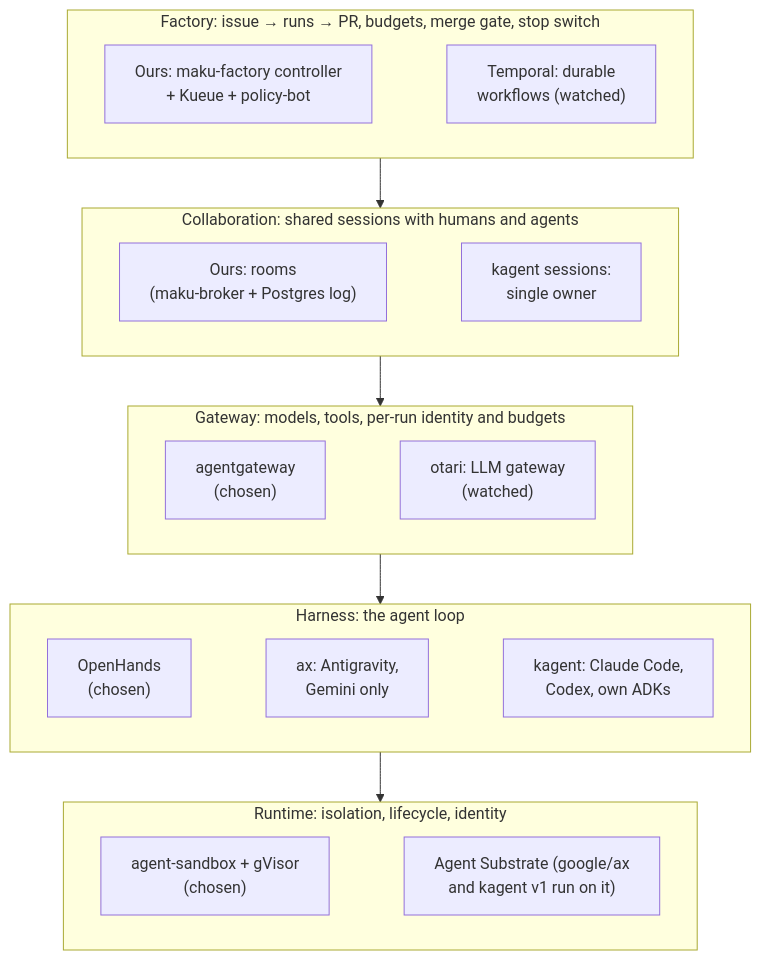
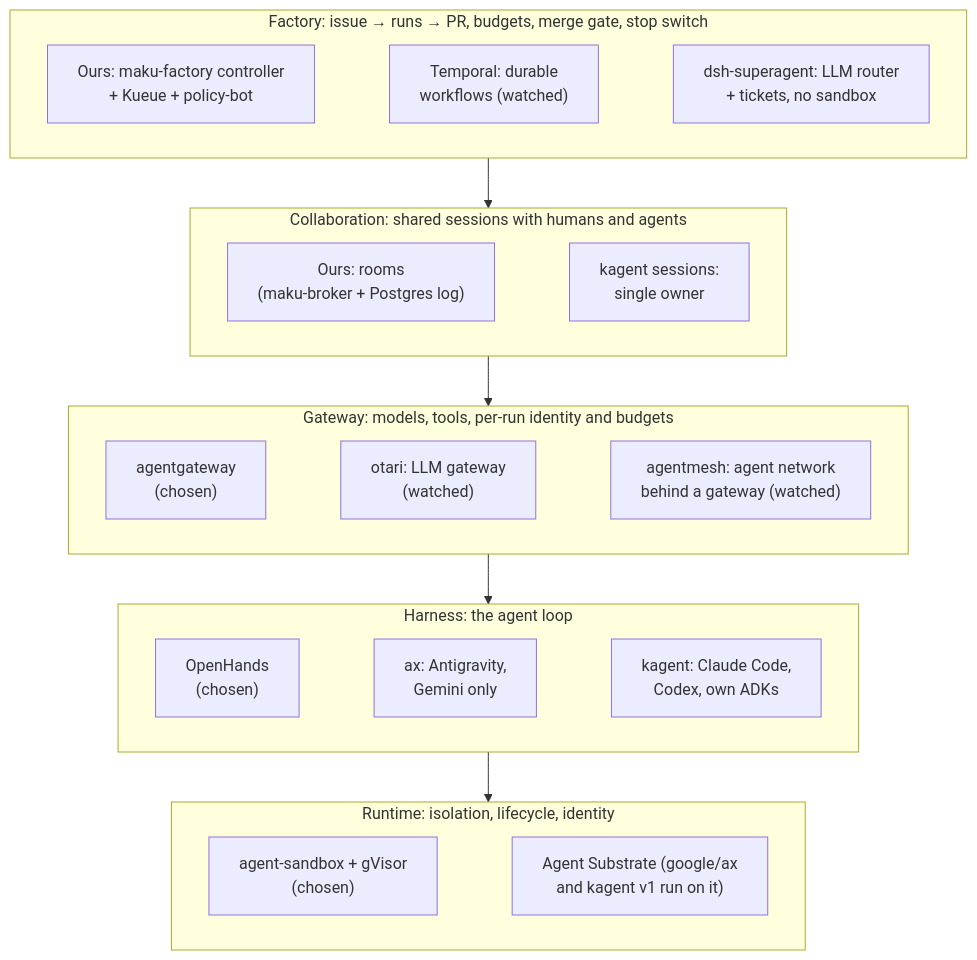
The diagram in website/content/docs/how-it-works/alternatives.md (Smana/ai-native-ref), drawn with Mermaid before and after one commit. The commit also changed other lines of this file and 4 other files, not shown here.

First line of the commit message:
docs: evaluate agentmesh, Model Armor and dsh-superagent for the alternatives page (#292)

````diff
--- a/website/content/docs/how-it-works/alternatives.md
+++ b/website/content/docs/how-it-works/alternatives.md
@@ -40,25 +40,25 @@
 ```mermaid
 %%{init: {"flowchart": {"wrappingWidth": 400}}}%%
 flowchart TB
   subgraph L5["Factory: issue → runs → PR, budgets, merge gate, stop switch"]
     direction LR
-    F5["Ours: maku-factory controller<br/>+ Kueue + policy-bot"] ~~~ T5["Temporal: durable<br/>workflows (watched)"]
+    F5["Ours: maku-factory controller<br/>+ Kueue + policy-bot"] ~~~ T5["Temporal: durable<br/>workflows (watched)"] ~~~ D5["dsh-superagent: LLM router<br/>+ tickets, no sandbox"]
   end
   subgraph L4["Collaboration: shared sessions with humans and agents"]
     direction LR
     F4["Ours: rooms<br/>(maku-broker + Postgres log)"] ~~~ K4["kagent sessions:<br/>single owner"]
   end
   subgraph L3["Gateway: models, tools, per-run identity and budgets"]
     direction LR
-    F3["agentgateway<br/>(chosen)"] ~~~ O3["otari: LLM gateway<br/>(watched)"]
+    F3["agentgateway<br/>(chosen)"] ~~~ O3["otari: LLM gateway<br/>(watched)"] ~~~ M3["agentmesh: agent network<br/>behind a gateway (watched)"]
   end
   subgraph L2["Harness: the agent loop"]
     direction LR
     F2["OpenHands<br/>(chosen)"] ~~~ A2["ax: Antigravity,<br/>Gemini only"] ~~~ K2["kagent: Claude Code,<br/>Codex, own ADKs"]
   end
   subgraph L1["Runtime: isolation, lifecycle, identity"]
     direction LR
     F1["agent-sandbox + gVisor<br/>(chosen)"] ~~~ S1["Agent Substrate (google/ax<br/>and kagent v1 run on it)"]
   end
   L5 --> L4 --> L3 --> L2 --> L1
 ```
````
